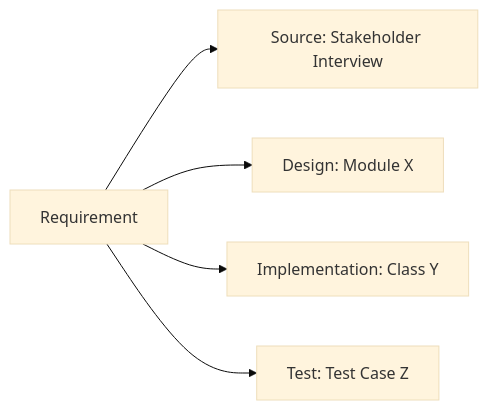
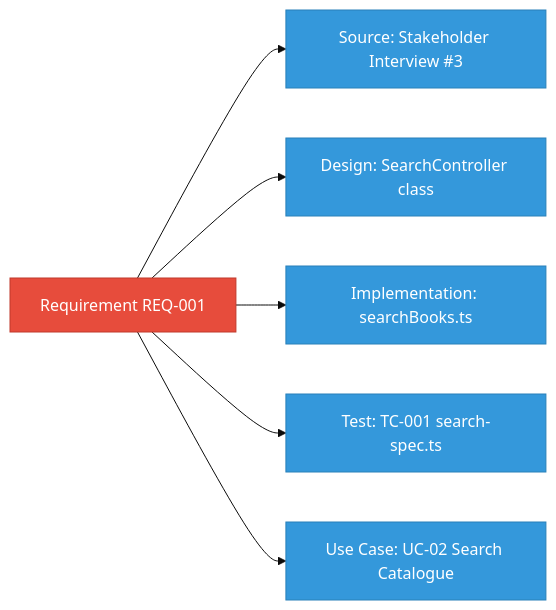
One commit to Raushan666java/ai-engineering-journey changed the fourth of 6 diagrams in docs/courses/software-engineering/02-requirements.md. Above: the diagram before and after it, drawn with Mermaid (base theme). The commit also changed other lines of this file and 15 other files, not shown here.

Commit message:
deploy: software-engineering overhaul - 16 chapters expanded to avg 1284L (+7649L), richer Mermaid, more TS, deeper content

````diff
--- a/docs/courses/software-engineering/02-requirements.md
+++ b/docs/courses/software-engineering/02-requirements.md
@@ -200,7 +258,13 @@
 ```mermaid
 graph LR
-    R[Requirement] --> S[Source: Stakeholder Interview]
-    R --> D[Design: Module X]
-    R --> I[Implementation: Class Y]
-    R --> T[Test: Test Case Z]
+    R[Requirement REQ-001] --> S[Source: Stakeholder Interview #3]
+    R --> D[Design: SearchController class]
+    R --> I[Implementation: searchBooks.ts]
+    R --> T[Test: TC-001 search-spec.ts]
+    R --> UC[Use Case: UC-02 Search Catalogue]
+
+    classDef req fill:#e74c3c,stroke:#c0392b,color:#fff
+    classDef link fill:#3498db,stroke:#2980b9,color:#fff
+    class R req
+    class S,D,I,T,UC link
 ```
````
